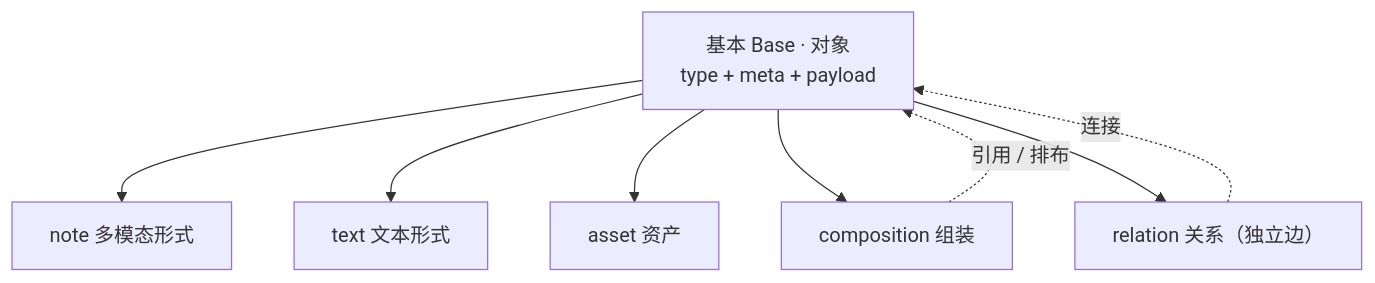
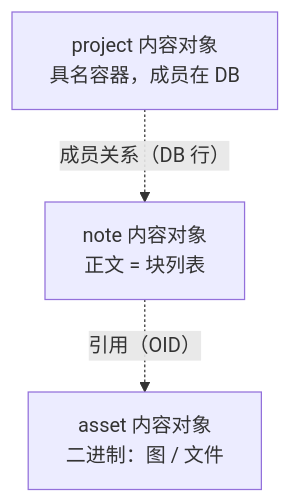
The first of 2 diagrams in docs/architecture/data-model.md (HanYang06/cairn), drawn with Mermaid before and after one commit. The commit also changed other lines of this file and 53 other files, not shown here.

````diff
--- a/docs/architecture/data-model.md
+++ b/docs/architecture/data-model.md
@@ -21,11 +32,8 @@
 ```mermaid
 graph TD
-    Base["基本 Base · 对象<br/>type + meta + payload"]
-    Base --> Note["note 多模态形式"]
-    Base --> Text["text 文本形式"]
-    Base --> Asset["asset 资产"]
-    Base --> Comp["composition 组装"]
-    Base --> Rel["relation 关系（独立边）"]
-    Comp -.引用 / 排布.-> Base
-    Rel -.连接.-> Base
+    N["note 内容对象<br/>正文 = 块列表"]
+    A["asset 内容对象<br/>二进制：图 / 文件"]
+    P["project 内容对象<br/>具名容器，成员在 DB"]
+    N -.引用（OID）.-> A
+    P -.成员关系（DB 行）.-> N
 ```
````
